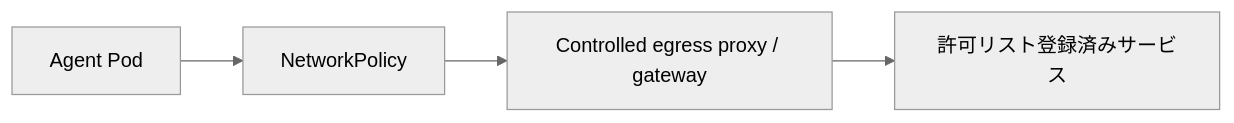
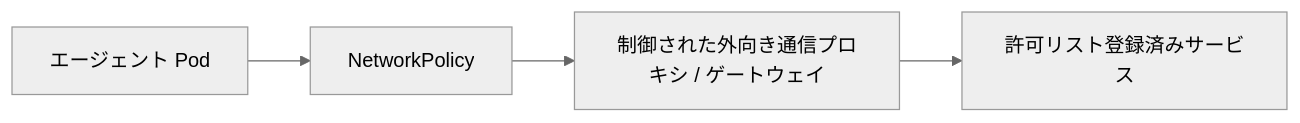
One commit to tomo-chan/agent-harness changed the second of 2 diagrams in docs/ja/03-security-model.md. Above: the diagram before and after it, drawn with Mermaid (neutral theme). The commit also changed 14 other files, not shown here.

````diff
--- a/docs/ja/03-security-model.md
+++ b/docs/ja/03-security-model.md
@@ -48,6 +48,6 @@
 ```mermaid
 flowchart LR
-    A[Agent Pod] --> N[NetworkPolicy]
-    N --> E[Controlled egress proxy / gateway]
+    A[エージェント Pod] --> N[NetworkPolicy]
+    N --> E[制御された外向き通信プロキシ / ゲートウェイ]
     E --> S[許可リスト登録済みサービス]
 ```
````
